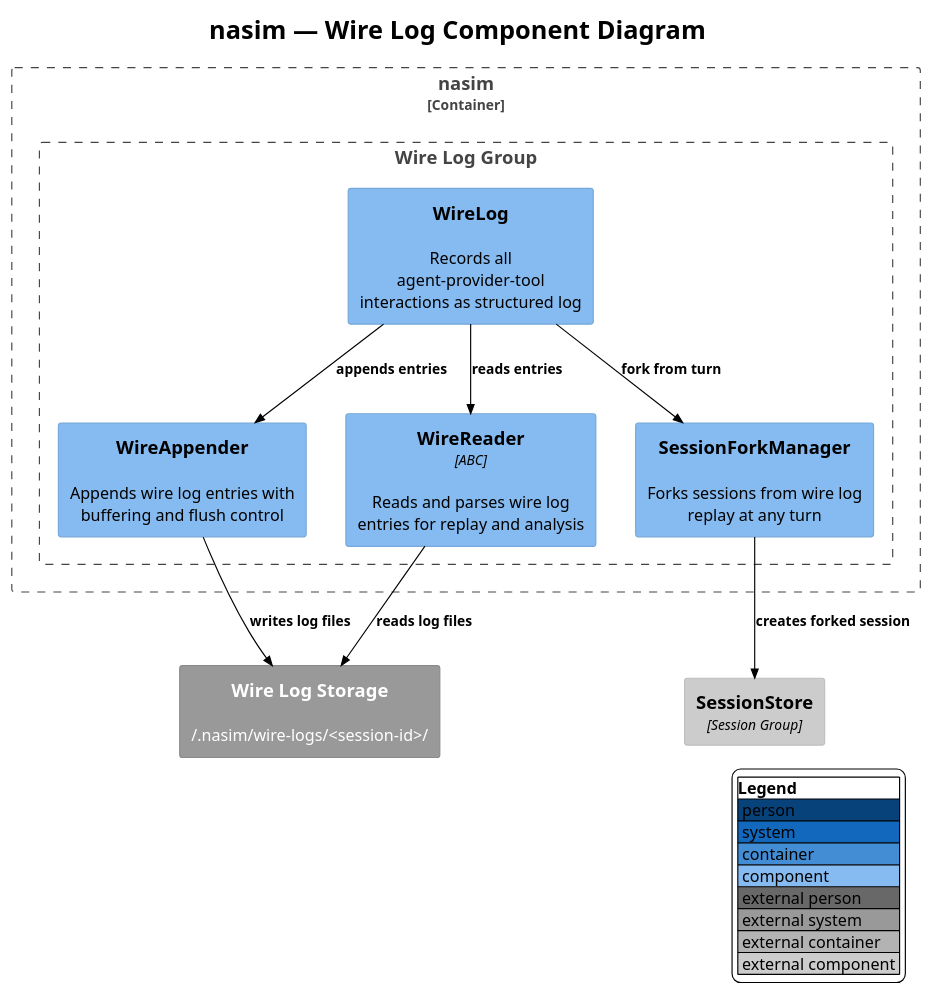
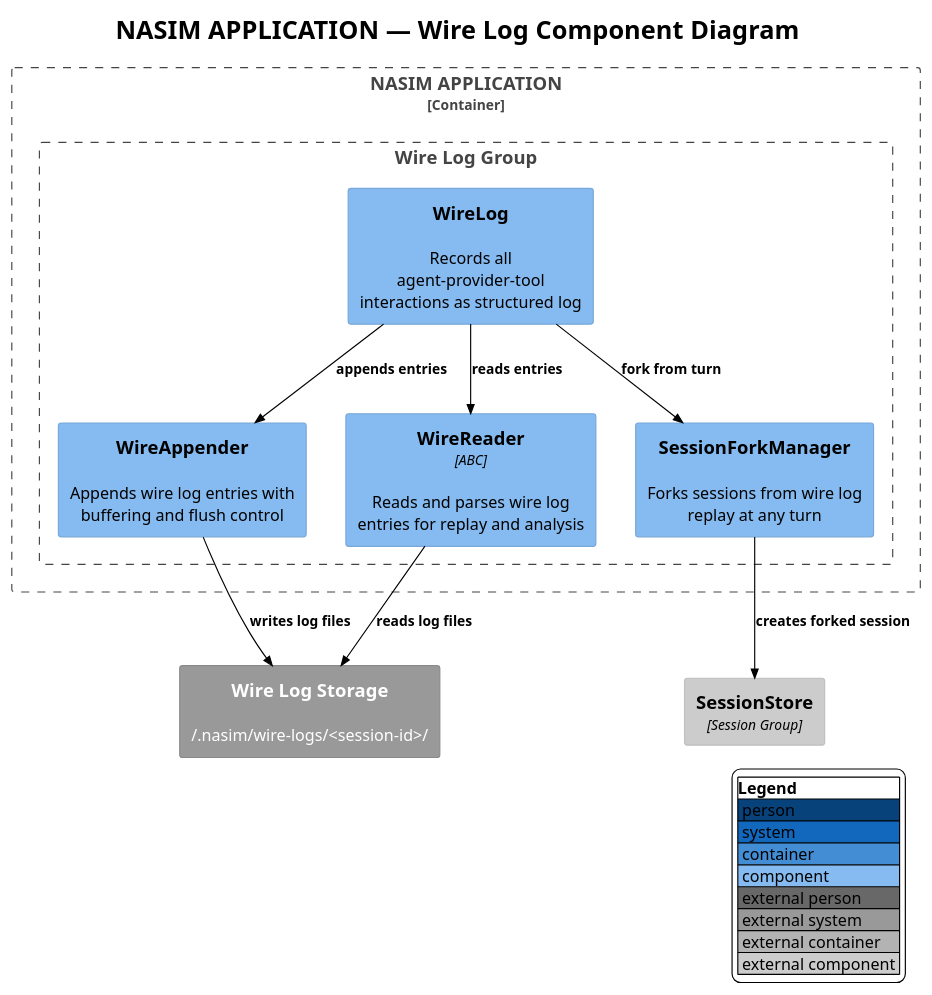
Before and after one commit to salimnamvar/nasim: the diagram in docs/C4/c4_nasim_component_wire_log.puml, drawn with PlantUML. The commit also changed 21 other files, not shown here.

Commit message:
docs: Update C4 diagrams to reflect NASIM APPLICATION branding and improve consistency

```diff
--- a/docs/C4/c4_nasim_component_wire_log.puml
+++ b/docs/C4/c4_nasim_component_wire_log.puml
@@ -1,38 +1,38 @@
 @startuml c4_nasim_component_wire_log
 !include https://raw.githubusercontent.com/plantuml-stdlib/C4-PlantUML/v2.10.0/C4_Component.puml
 !theme plain
 
 
 ' ============================================================
-' Title:     nasim — Wire Log Component Diagram
-' Boundary:  nasim (container) — Wire Log Group
+' Title:     NASIM APPLICATION — Wire Log Component Diagram
+' Boundary:  NASIM APPLICATION (container) — Wire Log Group
 ' Purpose:   Agent-provider-tool interaction logging, replay, and session forking
 ' Milestone: v1.0
 ' Version:   9.0.0
 ' Source:    docs/audit/audit.2026.06.20.deep.domain.audit.md
 ' Review:    —
 ' ============================================================
 
 LAYOUT_WITH_LEGEND()
-title nasim — Wire Log Component Diagram
+title NASIM APPLICATION — Wire Log Component Diagram
 
-Container_Boundary(nasim, "nasim") {
+Container_Boundary(nasim_application, "NASIM APPLICATION") {
     Boundary(wire_log_group, "Wire Log Group") {
         Component(wire_log, "WireLog", "", "Records all agent-provider-tool interactions as structured log")
         Component(wire_appender, "WireAppender", "", "Appends wire log entries with buffering and flush control")
         Component(wire_reader, "WireReader", "ABC", "Reads and parses wire log entries for replay and analysis")
         Component(session_fork_mgr, "SessionForkManager", "", "Forks sessions from wire log replay at any turn")
     }
 }
 
 Component_Ext(session_store, "SessionStore", "Session Group")
 System_Ext(wire_log_dir, "Wire Log Storage", "~/.nasim/wire-logs/<session-id>/")
 
 Rel(wire_log, wire_appender, "appends entries")
 Rel(wire_log, wire_reader, "reads entries")
 Rel(wire_log, session_fork_mgr, "fork from turn")
 Rel(wire_appender, wire_log_dir, "writes log files")
 Rel(wire_reader, wire_log_dir, "reads log files")
 Rel(session_fork_mgr, session_store, "creates forked session")
 
 @enduml
```
